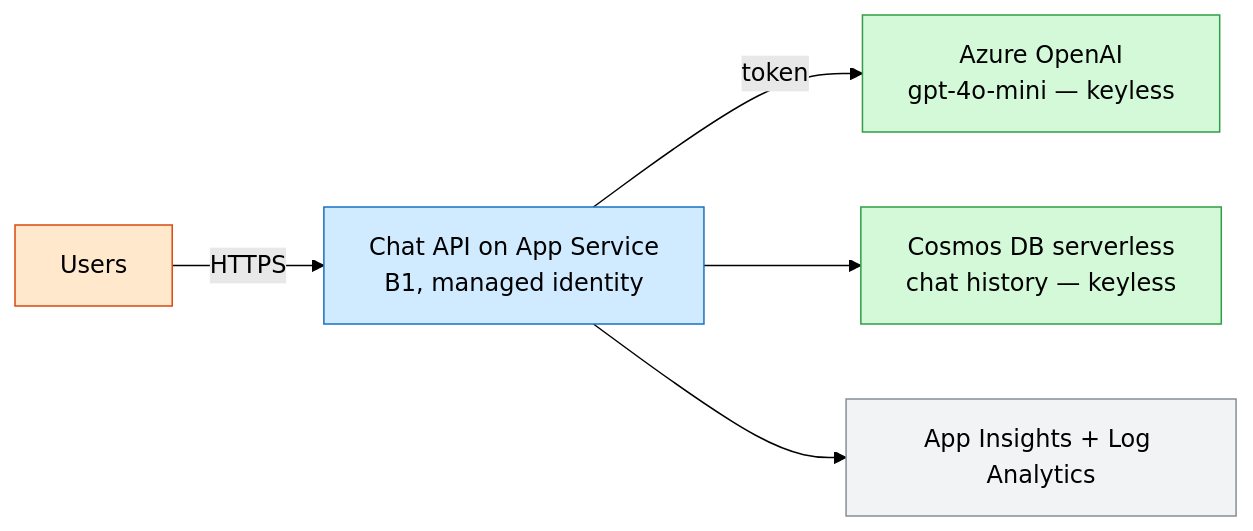
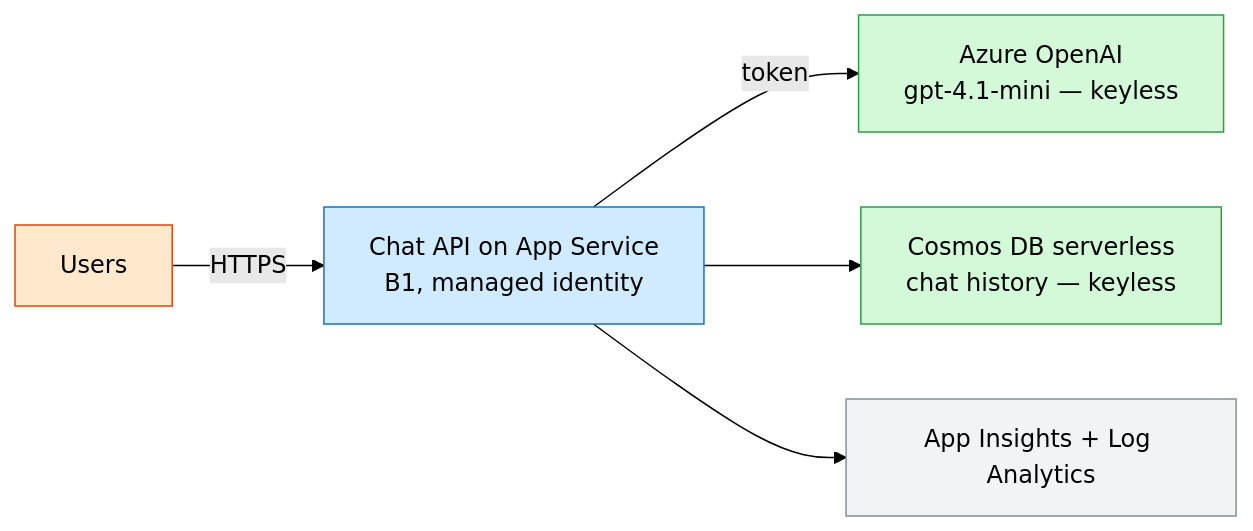
One commit to mjohnson1979/techlabs-personal changed the first of 2 diagrams in catalog/ai-chat/README.md. Above: the diagram before and after it, drawn with Mermaid (forest theme). The commit also changed other lines of this file and 13 other files, not shown here.

First line of the commit message:
Move AI catalogs off deprecated gpt-4o-mini; make probe deprecation-aware

````diff
--- a/catalog/ai-chat/README.md
+++ b/catalog/ai-chat/README.md
@@ -85,17 +85,17 @@
 ```mermaid
 flowchart LR
   user["Users"]:::edge
   app["Chat API on App Service<br/>B1, managed identity"]:::compute
-  oai["Azure OpenAI<br/>gpt-4o-mini — keyless"]:::data
+  oai["Azure OpenAI<br/>gpt-4.1-mini — keyless"]:::data
   cosmos["Cosmos DB serverless<br/>chat history — keyless"]:::data
   obs["App Insights + Log Analytics"]:::obs
   user -->|HTTPS| app
   app -->|token| oai
   app --> cosmos
   app --> obs
   classDef edge fill:#ffe8cc,stroke:#d9480f,color:#000
   classDef compute fill:#d0ebff,stroke:#1971c2,color:#000
   classDef data fill:#d3f9d8,stroke:#2f9e44,color:#000
   classDef sec fill:#f3d9fa,stroke:#9c36b5,color:#000
   classDef obs fill:#f1f3f5,stroke:#868e96,color:#000
 ```
````
